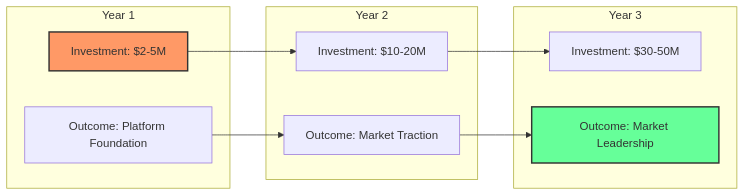
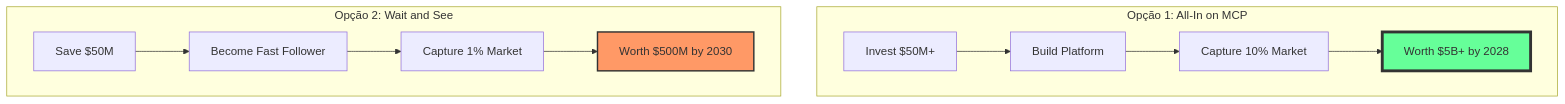
The tenth of 10 diagrams in docs/AI/Comunicação/MCP/16-mcp-analise preditiva.md (felipepimentel/my-public-notes), drawn with Mermaid before and after one commit. The commit also changed other lines of this file and 2 other files, not shown here.

````diff
--- a/docs/AI/Comunicação/MCP/16-mcp-analise preditiva.md
+++ b/docs/AI/Comunicação/MCP/16-mcp-analise preditiva.md
@@ -803,23 +422,22 @@
 ```mermaid
-graph LR
-    subgraph "Year 1"
-        I1[Investment: $2-5M]
-        O1[Outcome: Platform Foundation]
+graph TD
+    subgraph "Opção 1: All-In on MCP"
+        A1[Invest $50M+]
+        A2[Build Platform]
+        A3[Capture 10% Market]
+        A4[Worth $5B+ by 2028]
     end
     
-    subgraph "Year 2"
-        I2[Investment: $10-20M]
-        O2[Outcome: Market Traction]
+    subgraph "Opção 2: Wait and See"
+        B1[Save $50M]
+        B2[Become Fast Follower]
+        B3[Capture 1% Market]
+        B4[Worth $500M by 2030]
     end
     
-    subgraph "Year 3"
-        I3[Investment: $30-50M]
-        O3[Outcome: Market Leadership]
-    end
+    A1 --> A2 --> A3 --> A4
+    B1 --> B2 --> B3 --> B4
     
-    I1 --> I2 --> I3
-    O1 --> O2 --> O3
-    
-    style I1 fill:#f96,stroke:#333,stroke-width:2px
-    style O3 fill:#6f9,stroke:#333,stroke-width:2px
+    style A4 fill:#6f9,stroke:#333,stroke-width:4px
+    style B4 fill:#f96,stroke:#333,stroke-width:2px
 ```
````
